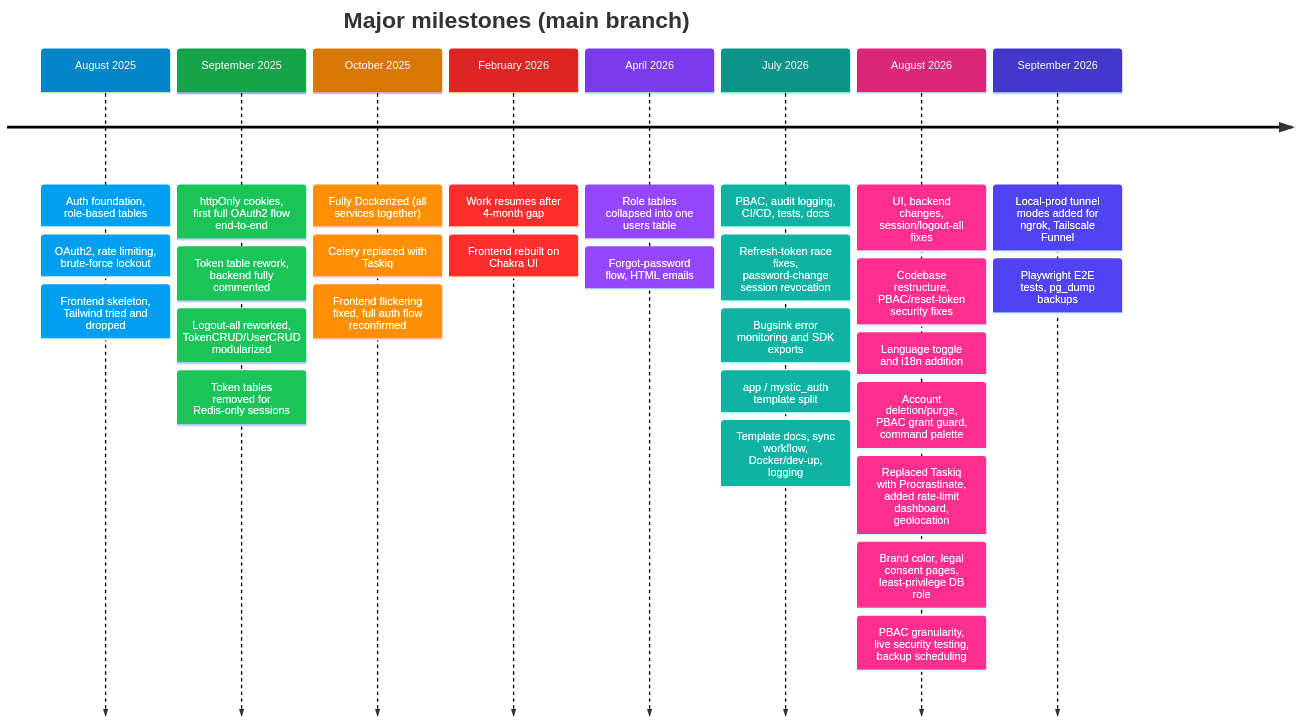
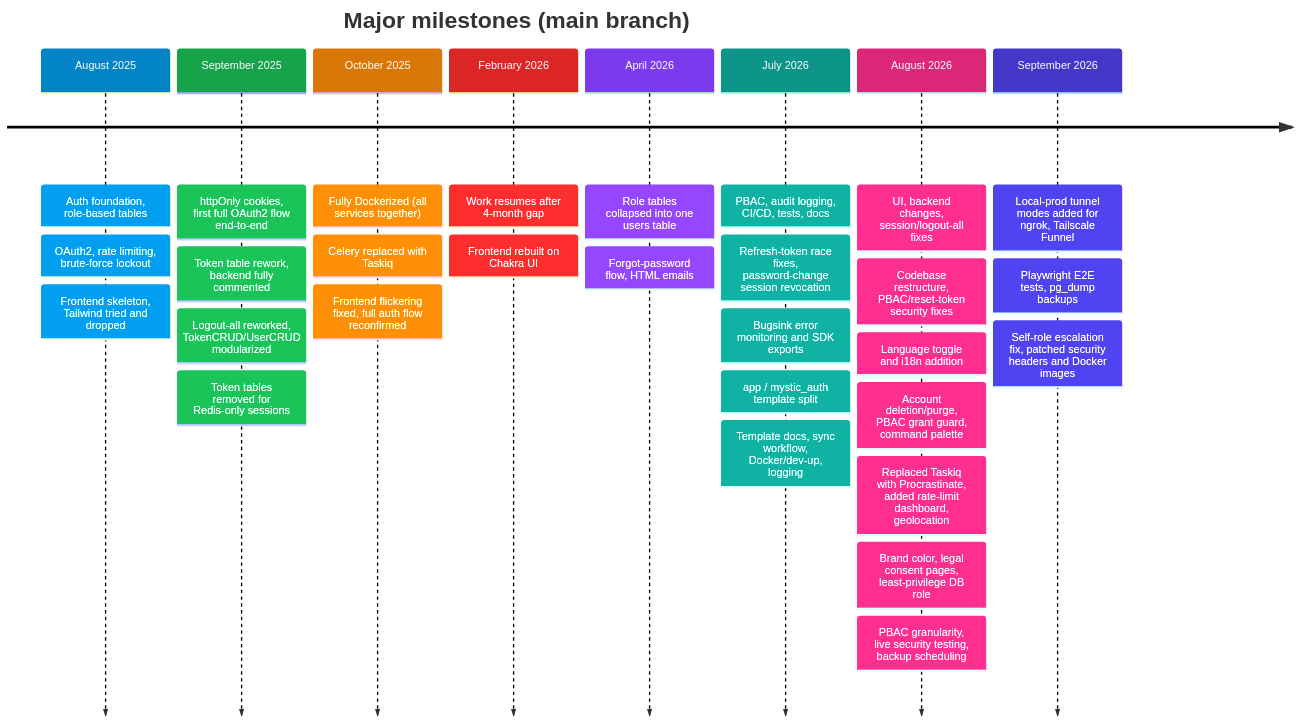
One commit to Nachiket-2024/mystic-auth changed the diagram in docs/mystic_auth/project-story/timeline/README.md. Above: the diagram before and after it, drawn with Mermaid. The commit also changed other lines of this file and 55 other files, not shown here.

First line of the commit message:
Blocked self-role privilege escalation, patched security headers and Docker images

````diff
--- a/docs/mystic_auth/project-story/timeline/README.md
+++ b/docs/mystic_auth/project-story/timeline/README.md
@@ -17,33 +34,34 @@
 ```mermaid
 %%{init: {"themeVariables":{"fontSize":"16px","lineColor":"#334155","cScale0":"#0284c7","cScale1":"#16a34a","cScale2":"#d97706","cScale3":"#dc2626","cScale4":"#7c3aed","cScale5":"#0d9488","cScale6":"#db2777","cScale7":"#4338ca","cScaleLabel0":"#ffffff","cScaleLabel1":"#ffffff","cScaleLabel2":"#ffffff","cScaleLabel3":"#ffffff","cScaleLabel4":"#ffffff","cScaleLabel5":"#ffffff","cScaleLabel6":"#ffffff","cScaleLabel7":"#ffffff"}} }%%
 timeline
     title Major milestones (main branch)
     August 2025: Auth foundation, role-based tables
                 : OAuth2, rate limiting, brute-force lockout
                 : Frontend skeleton, Tailwind tried and dropped
     September 2025: httpOnly cookies, first full OAuth2 flow end-to-end
                    : Token table rework, backend fully commented
                    : Logout-all reworked, TokenCRUD/UserCRUD modularized
                    : Token tables removed for Redis-only sessions
     October 2025: Fully Dockerized (all services together)
                  : Celery replaced with Taskiq
                  : Frontend flickering fixed, full auth flow reconfirmed
     February 2026: Work resumes after 4-month gap
                   : Frontend rebuilt on Chakra UI
     April 2026: Role tables collapsed into one users table
                : Forgot-password flow, HTML emails
     July 2026: PBAC, audit logging, CI/CD, tests, docs
               : Refresh-token race fixes, password-change session revocation
               : Bugsink error monitoring and SDK exports
               : app / mystic_auth template split
               : Template docs, sync workflow, Docker/dev-up, logging
     August 2026: UI, backend changes, session/logout-all fixes
                 : Codebase restructure, PBAC/reset-token security fixes
                 : Language toggle and i18n addition
                 : Account deletion/purge, PBAC grant guard, command palette
                 : Replaced Taskiq with Procrastinate, added rate-limit dashboard, geolocation
                 : Brand color, legal consent pages, least-privilege DB role
                 : PBAC granularity, live security testing, backup scheduling
     September 2026: Local-prod tunnel modes added for ngrok, Tailscale Funnel
                    : Playwright E2E tests, pg_dump backups
+                   : Self-role escalation fix, patched security headers and Docker images
 ```
````
